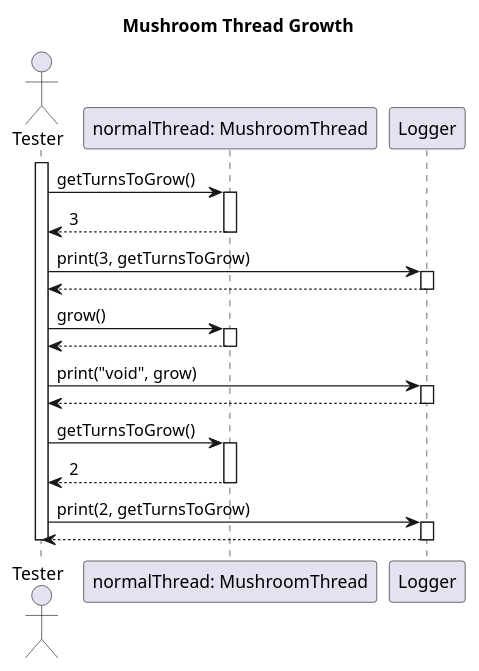
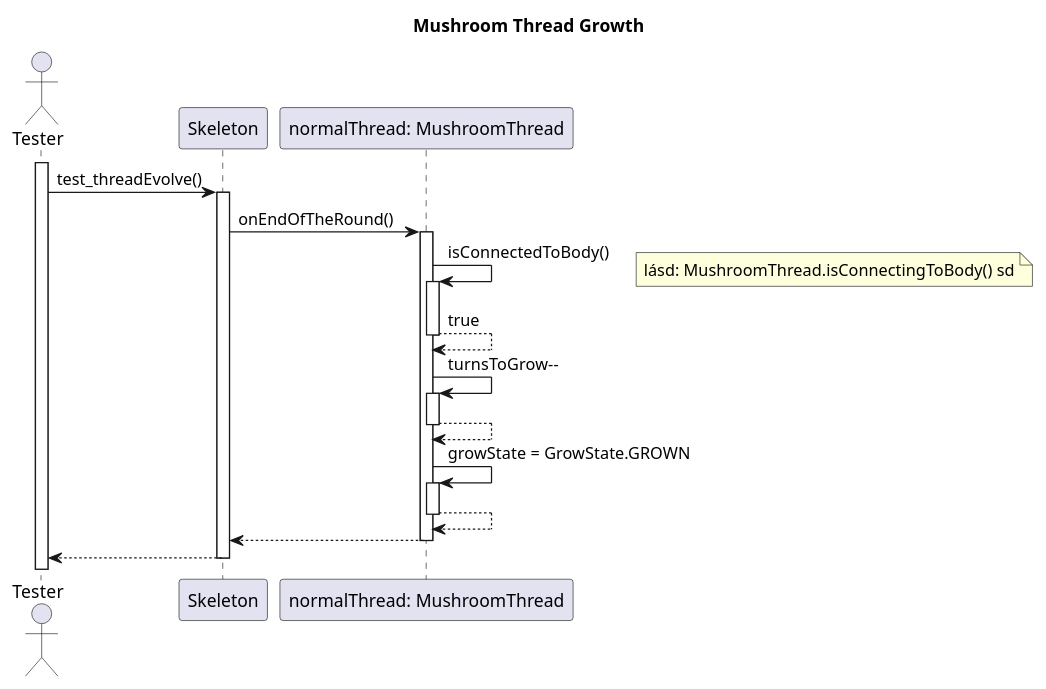
Before and after one commit to dzsem/projlab: the diagram in diagrams/test-sequence/mushroom/mushroomThreadGrowth.wsd, drawn with PlantUML.

Commit message:
Fixed mushroomThreadGrowth

```diff
--- a/diagrams/test-sequence/mushroom/mushroomThreadGrowth.wsd
+++ b/diagrams/test-sequence/mushroom/mushroomThreadGrowth.wsd
@@ -1,45 +1,39 @@
 @startuml Mushroom Thread Growth
 
 title Mushroom Thread Growth
 
 actor "Tester" as tester
+participant "Skeleton" as skeleton
+
 participant "normalThread: MushroomThread" as nmt
-participant "Logger" as logger
 
 activate tester
+tester -> skeleton: test_threadEvolve()
+activate skeleton
 
-tester -> nmt: getTurnsToGrow()
+skeleton -> nmt: onEndOfTheRound()
 activate nmt
-nmt --> tester: 3
+
+nmt -> nmt: isConnectedToBody()
+activate nmt
+note right: lásd: MushroomThread.isConnectingToBody() sd 
+nmt --> nmt: true
 deactivate nmt
 
-tester -> logger: print(3, getTurnsToGrow) 
-activate logger
-logger --> tester
-deactivate logger
-
-tester -> nmt: grow() 
+nmt -> nmt: turnsToGrow--
 activate nmt
-nmt --> tester
+nmt --> nmt
 deactivate nmt
 
-tester -> logger: print("void", grow) 
-activate logger
-logger --> tester
-deactivate logger
-
-tester -> nmt: getTurnsToGrow()
+nmt -> nmt: growState = GrowState.GROWN
 activate nmt
-nmt --> tester: 2
+nmt --> nmt
 deactivate nmt
 
-tester -> logger: print(2, getTurnsToGrow) 
-activate logger
-logger --> tester
-deactivate logger
+nmt --> skeleton
+deactivate nmt
 
-deactivate tester
-
-
+skeleton --> tester
+deactivate skeleton
 
 @enduml
```
